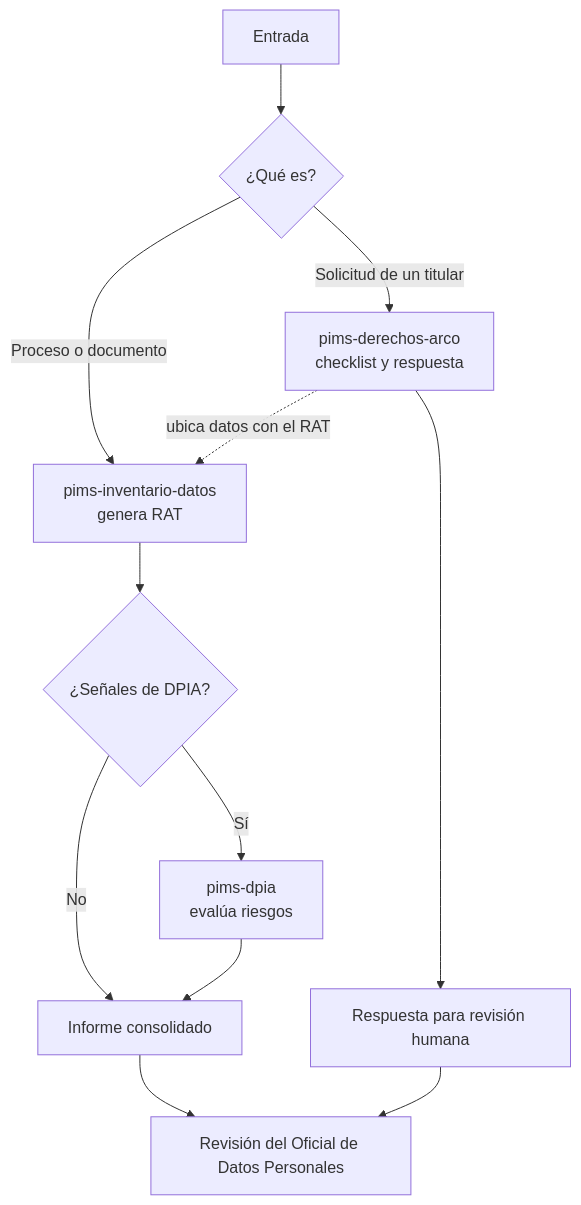
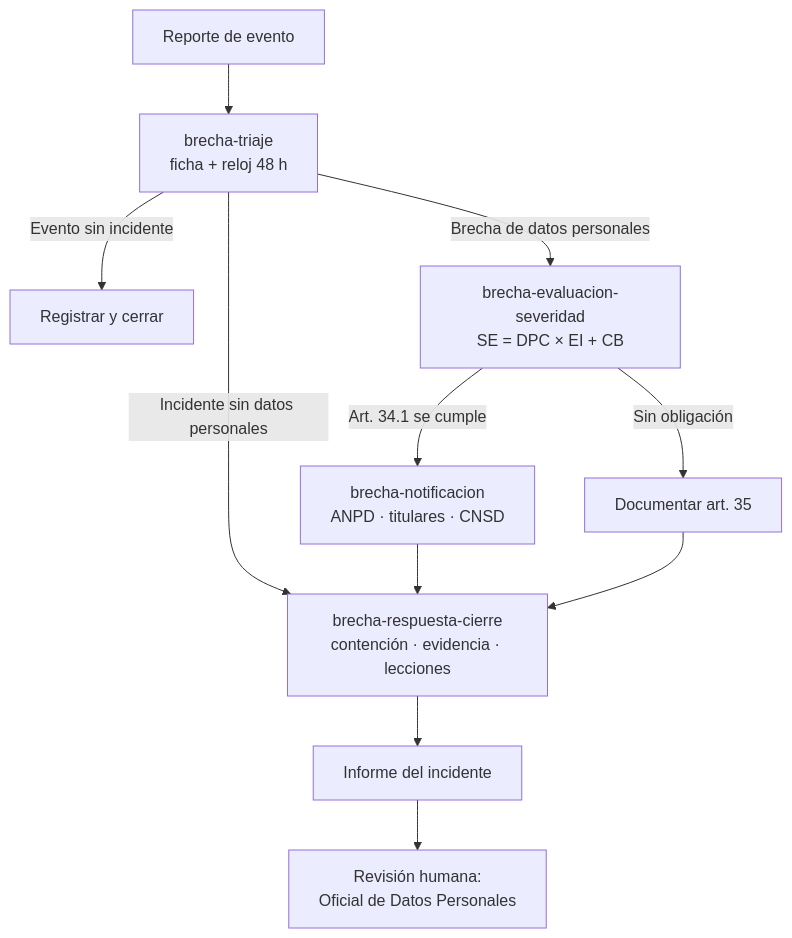
The diagram in README.md (RyanValdivia/tif-pims-agentes-ia), drawn with Mermaid before and after one commit. The commit also changed other lines of this file and 48 other files, not shown here.

````diff
--- a/README.md
+++ b/README.md
@@ -21,14 +31,13 @@
 ```mermaid
 flowchart TD
-    A[Entrada] --> B{¿Qué es?}
-    B -->|Proceso o documento| C[pims-inventario-datos<br/>genera RAT]
-    C --> D{¿Señales de DPIA?}
-    D -->|Sí| E[pims-dpia<br/>evalúa riesgos]
-    D -->|No| F[Informe consolidado]
-    E --> F
-    B -->|Solicitud de un titular| G[pims-derechos-arco<br/>checklist y respuesta]
-    G -.->|ubica datos con el RAT| C
-    G --> H[Respuesta para revisión humana]
-    F --> I[Revisión del Oficial de Datos Personales]
-    H --> I
+    A[Reporte de evento] --> B[brecha-triaje<br/>ficha + reloj 48 h]
+    B -->|Evento sin incidente| Z[Registrar y cerrar]
+    B -->|Incidente sin datos personales| R
+    B -->|Brecha de datos personales| C[brecha-evaluacion-severidad<br/>SE = DPC × EI + CB]
+    C -->|Art. 34.1 se cumple| N[brecha-notificacion<br/>ANPD · titulares · CNSD]
+    C -->|Sin obligación| D[Documentar art. 35]
+    N --> R[brecha-respuesta-cierre<br/>contención · evidencia · lecciones]
+    D --> R
+    R --> I[Informe del incidente]
+    I --> H[Revisión humana:<br/>Oficial de Datos Personales]
 ```
````
